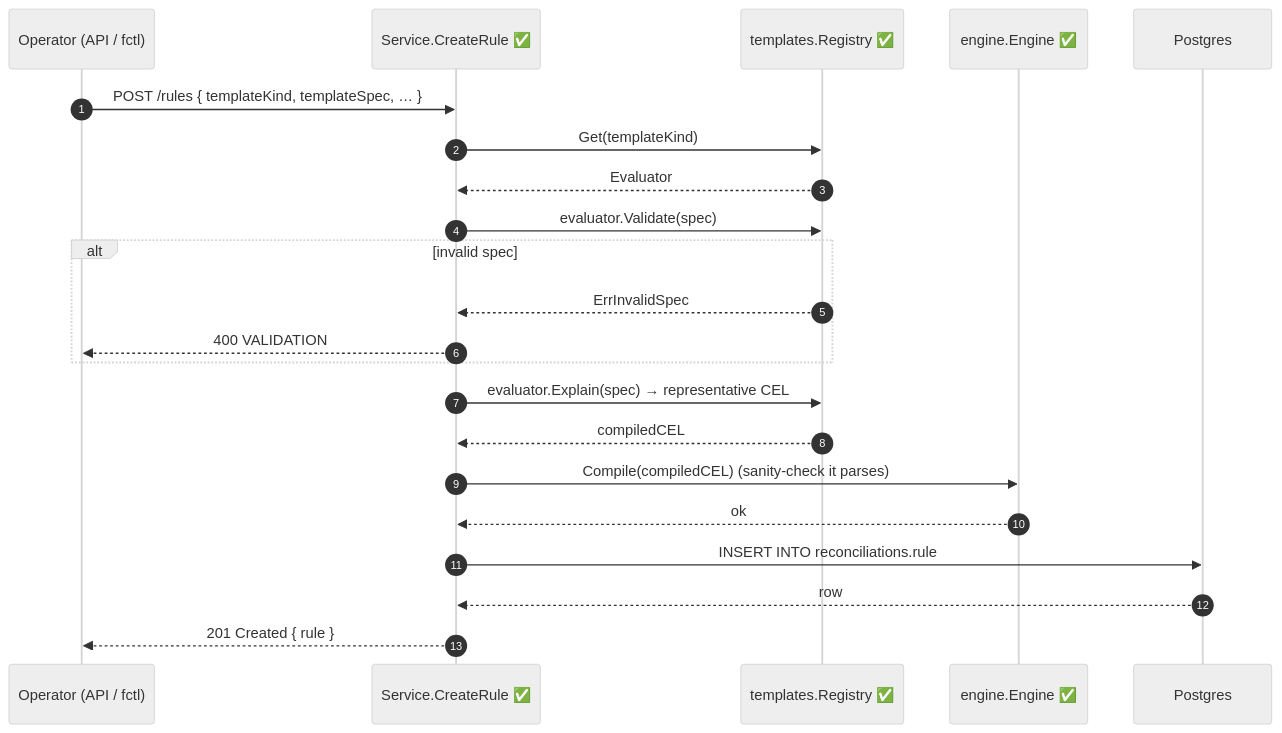
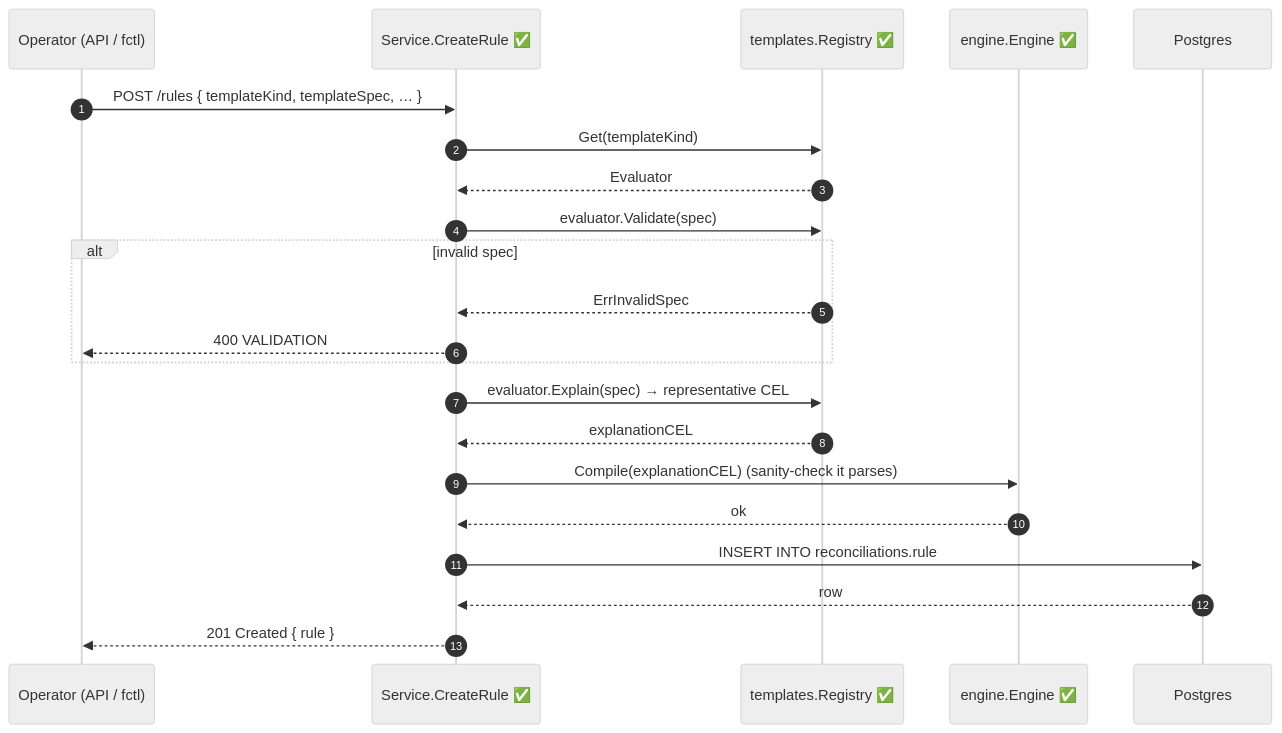
Before and after one commit to formancehq/reconciliation: the first of 7 diagrams in docs/technical/workflows.md, drawn with Mermaid (neutral theme). The commit also changed other lines of this file and 25 other files, not shown here.

Commit message:
fix(reconciliation): align CEL explanation contract

````diff
--- a/docs/technical/workflows.md
+++ b/docs/technical/workflows.md
@@ -17,25 +17,25 @@
 ```mermaid
 sequenceDiagram
     autonumber
     participant U  as Operator (API / fctl)
     participant Svc as Service.CreateRule ✅
     participant Reg as templates.Registry ✅
     participant Eng as engine.Engine ✅
     participant DB  as Postgres
 
     U->>Svc: POST /rules { templateKind, templateSpec, … }
     Svc->>Reg: Get(templateKind)
     Reg-->>Svc: Evaluator
     Svc->>Reg: evaluator.Validate(spec)
     alt invalid spec
         Reg-->>Svc: ErrInvalidSpec
         Svc-->>U: 400 VALIDATION
     end
     Svc->>Reg: evaluator.Explain(spec) → representative CEL
-    Reg-->>Svc: compiledCEL
-    Svc->>Eng: Compile(compiledCEL)  (sanity-check it parses)
+    Reg-->>Svc: explanationCEL
+    Svc->>Eng: Compile(explanationCEL)  (sanity-check it parses)
     Eng-->>Svc: ok
     Svc->>DB: INSERT INTO reconciliations.rule
     DB-->>Svc: row
     Svc-->>U: 201 Created { rule }
 ```
````
